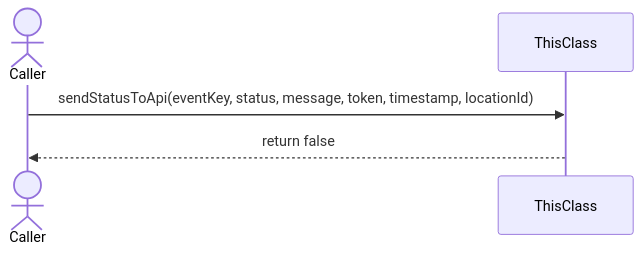
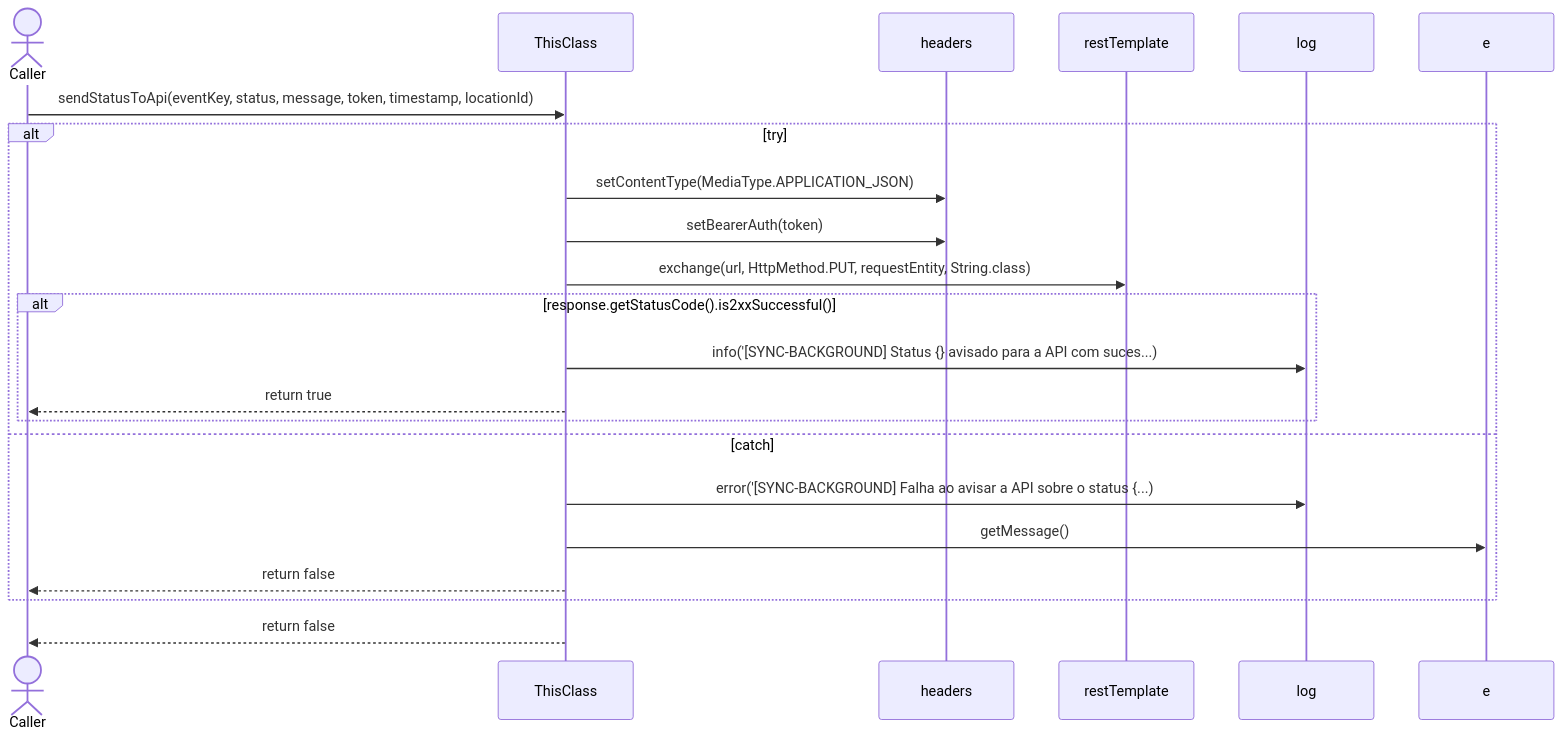
Diagram 14 of 16 in docs/CloudSyncUploadService.md (FelipeMCassiano/geanky), drawn with Mermaid before and after one commit. The commit also changed other lines of this file and 18 other files, not shown here.

````diff
--- a/docs/CloudSyncUploadService.md
+++ b/docs/CloudSyncUploadService.md
@@ -888,9 +998,26 @@
 ```mermaid
 sequenceDiagram
     actor Caller
     participant ThisClass
 
     Caller->>ThisClass: sendStatusToApi(eventKey, status, message, token, timestamp, locationId)
+    alt try
+    participant headers
+    ThisClass->>headers: setContentType(MediaType.APPLICATION_JSON)
+    ThisClass->>headers: setBearerAuth(token)
+    participant restTemplate
+    ThisClass->>restTemplate: exchange(url, HttpMethod.PUT, requestEntity, String.class)
+    alt response.getStatusCode().is2xxSuccessful()
+    participant log
+    ThisClass->>log: info('[SYNC-BACKGROUND] Status {} avisado para a API com suces...)
+    ThisClass-->>Caller: return true
+    end
+    else catch 
+    ThisClass->>log: error('[SYNC-BACKGROUND] Falha ao avisar a API sobre o status {...)
+    participant e
+    ThisClass->>e: getMessage()
+    ThisClass-->>Caller: return false
+    end
     ThisClass-->>Caller: return false
 
 ```
````
